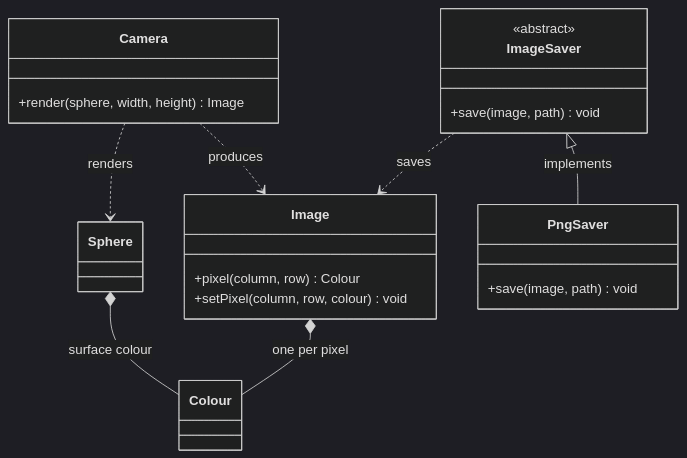
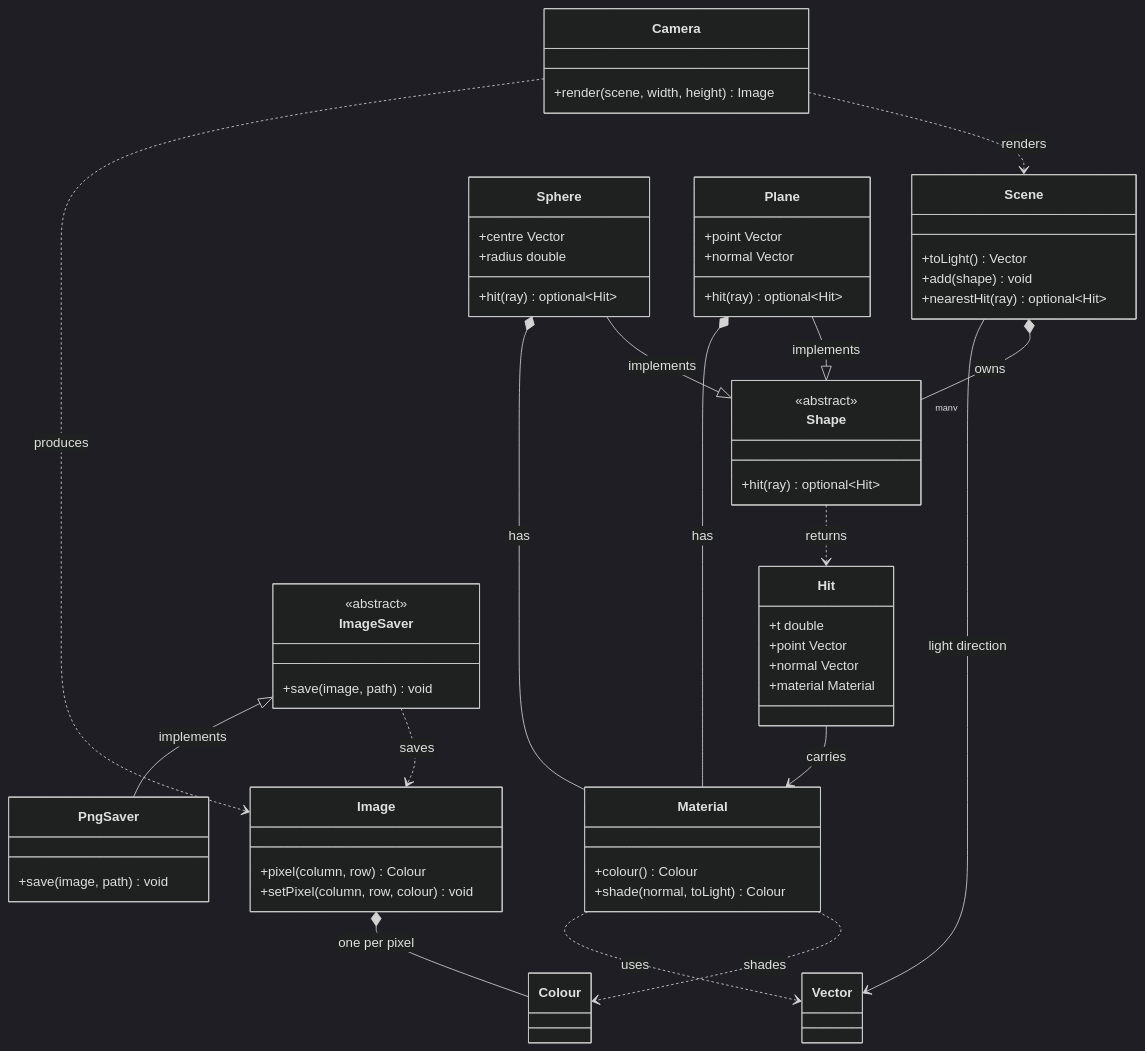
Before and after one commit to meriem582/ray-tracer: the diagram in docs/domain-model.md, drawn with Mermaid (dark theme). The commit also changed other lines of this file and 1 other file, not shown here.

Commit message:
Domain model and ADR: a shape has a material

````diff
--- a/docs/domain-model.md
+++ b/docs/domain-model.md
@@ -8,26 +10,64 @@
 ```mermaid
 classDiagram
     class Camera {
-        +render(sphere, width, height) Image
+        +render(scene, width, height) Image
     }
-    class Sphere
+    class Scene {
+        +toLight() Vector
+        +add(shape) void
+        +nearestHit(ray) optional~Hit~
+    }
+    class Shape {
+        <<abstract>>
+        +hit(ray) optional~Hit~
+    }
+    class Sphere {
+        +centre Vector
+        +radius double
+        +hit(ray) optional~Hit~
+    }
+    class Plane {
+        +point Vector
+        +normal Vector
+        +hit(ray) optional~Hit~
+    }
+    class Material {
+        +colour() Colour
+        +shade(normal, toLight) Colour
+    }
+    class Hit {
+        +t double
+        +point Vector
+        +normal Vector
+        +material Material
+    }
     class Image {
         +pixel(column, row) Colour
         +setPixel(column, row, colour) void
     }
     class Colour
+    class Vector
     class ImageSaver {
         <<abstract>>
         +save(image, path) void
     }
     class PngSaver {
         +save(image, path) void
     }
 
-    Sphere *-- Colour : surface colour
+    Scene *-- "many" Shape : owns
+    Sphere --|> Shape : implements
+    Plane --|> Shape : implements
+    Sphere *-- Material : has
+    Plane *-- Material : has
+    Hit --> Material : carries
+    Scene --> Vector : light direction
+    Camera ..> Scene : renders
+    Camera ..> Image : produces
     Image *-- Colour : one per pixel
-    Camera ..> Sphere : renders
-    Camera ..> Image : produces
+    Material ..> Colour : shades
+    Material ..> Vector : uses
+    Shape ..> Hit : returns
     ImageSaver ..> Image : saves
     ImageSaver <|-- PngSaver : implements
 ```
````
